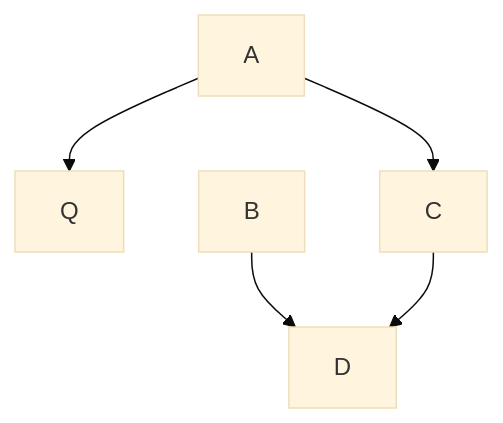
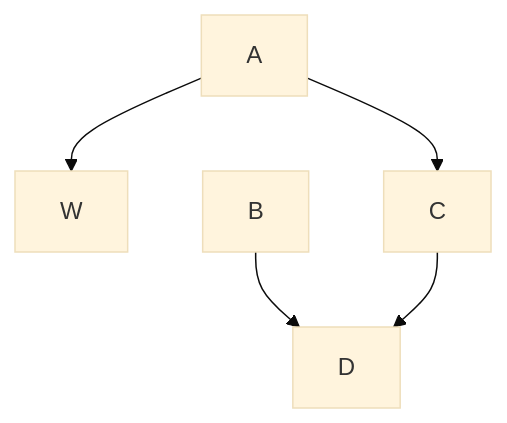
The diagram in diagrams/intro.md (ockertbotha/mermaid-diagramming), drawn with Mermaid (base theme) before and after one commit. The commit also changed 1 other file, not shown here.

Commit message:
More tidy testing

````diff
--- a/diagrams/intro.md
+++ b/diagrams/intro.md
@@ -1,7 +1,7 @@
 ```mermaid
 graph TD;
-    A-->Q;
+    A-->W;
     A-->C;
     B-->D;
     C-->D;
 ```
````
